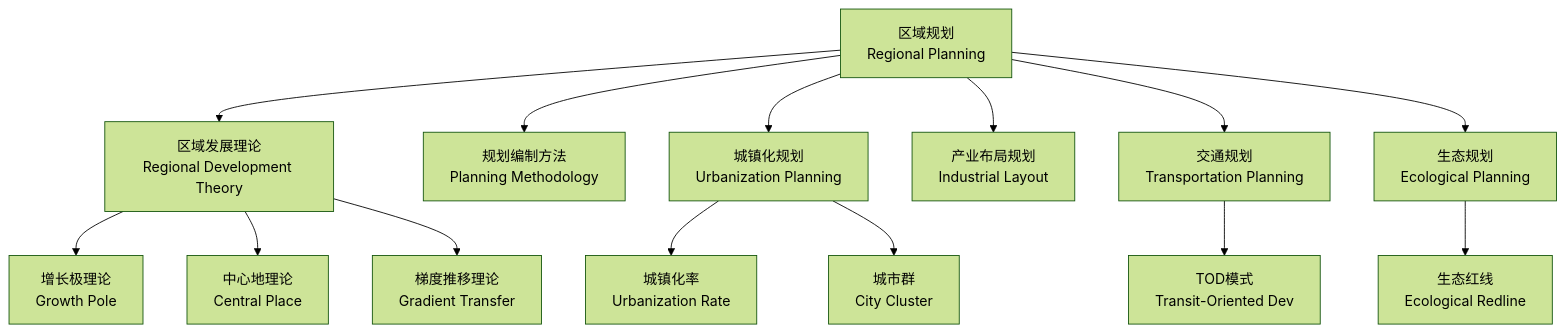
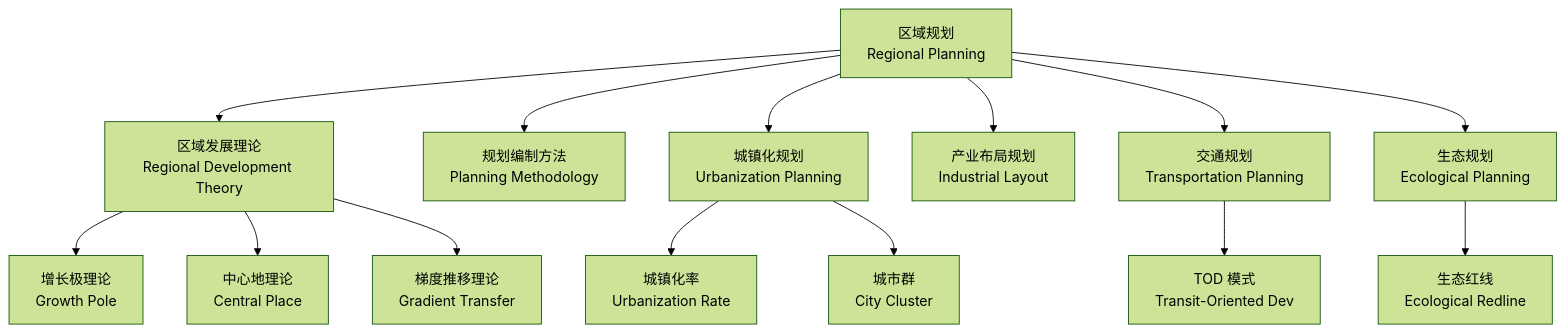
One commit to Tianshang301/TianshangKnowledgeBase changed the diagram in 04_EngineeringAndTechnology/CivilEngineering/UrbanPlanning/RegionalPlanning.md. Above: the diagram before and after it, drawn with Mermaid (forest theme). The commit also changed other lines of this file and 2257 other files, not shown here.

````diff
--- a/04_EngineeringAndTechnology/CivilEngineering/UrbanPlanning/RegionalPlanning.md
+++ b/04_EngineeringAndTechnology/CivilEngineering/UrbanPlanning/RegionalPlanning.md
@@ -14,16 +16,16 @@
 ```mermaid
 graph TD
     A[区域规划<br/>Regional Planning] --> B[区域发展理论<br/>Regional Development Theory]
     A --> C[规划编制方法<br/>Planning Methodology]
     A --> D[城镇化规划<br/>Urbanization Planning]
     A --> E[产业布局规划<br/>Industrial Layout]
     A --> F[交通规划<br/>Transportation Planning]
     A --> G[生态规划<br/>Ecological Planning]
     B --> B1[增长极理论<br/>Growth Pole]
     B --> B2[中心地理论<br/>Central Place]
     B --> B3[梯度推移理论<br/>Gradient Transfer]
     D --> D1[城镇化率<br/>Urbanization Rate]
     D --> D2[城市群<br/>City Cluster]
-    F --> F1[TOD模式<br/>Transit-Oriented Dev]
+    F --> F1[TOD 模式<br/>Transit-Oriented Dev]
     G --> G1[生态红线<br/>Ecological Redline]
 ```
````
